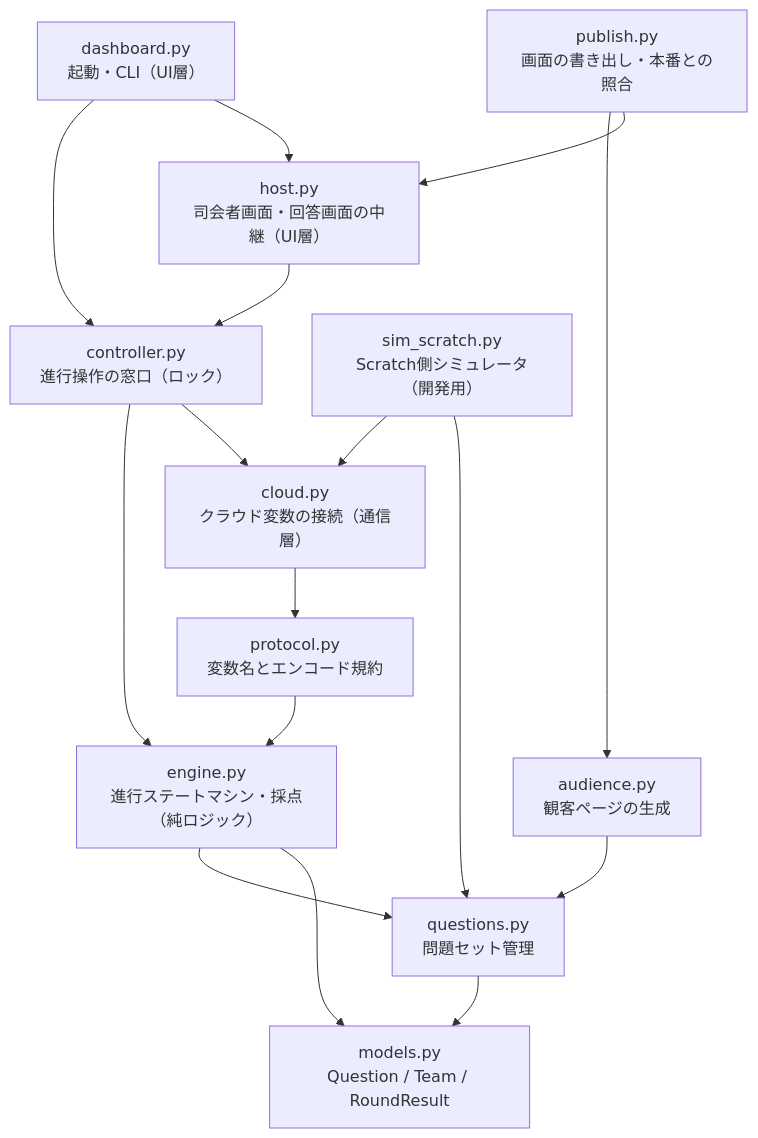
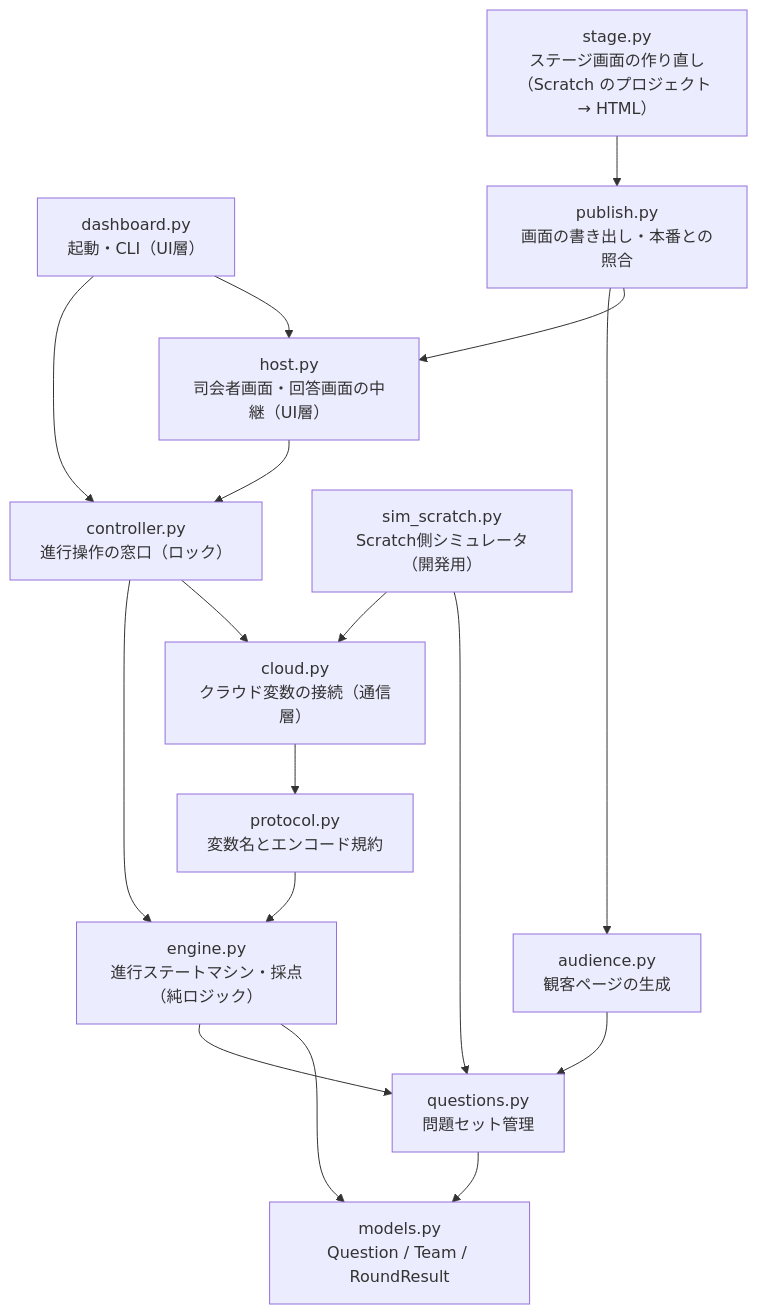
One commit to suzuka-kosen-festa/2026-suzuleague changed the third of 4 diagrams in docs/architecture.md. Above: the diagram before and after it, drawn with Mermaid. The commit also changed other lines of this file and 16 other files, not shown here.

````diff
--- a/docs/architecture.md
+++ b/docs/architecture.md
@@ -272,29 +279,31 @@
 ```mermaid
 flowchart TD
     dash["dashboard.py<br>起動・CLI（UI層）"]
     hostm["host.py<br>司会者画面・回答画面の中継（UI層）"]
     pub["publish.py<br>画面の書き出し・本番との照合"]
+    stg["stage.py<br>ステージ画面の作り直し<br>（Scratch のプロジェクト → HTML）"]
     ctrl["controller.py<br>進行操作の窓口（ロック）"]
     sim["sim_scratch.py<br>Scratch側シミュレータ（開発用）"]
     cloud_["cloud.py<br>クラウド変数の接続（通信層）"]
     proto["protocol.py<br>変数名とエンコード規約"]
     engine["engine.py<br>進行ステートマシン・採点（純ロジック）"]
     q["questions.py<br>問題セット管理"]
     models["models.py<br>Question / Team / RoundResult"]
     aud["audience.py<br>観客ページの生成"]
     dash --> ctrl
     dash --> hostm
     hostm --> ctrl
     ctrl --> engine
     ctrl --> cloud_
     pub --> aud
     pub --> hostm
+    stg --> pub
     aud --> q
     sim --> cloud_
     sim --> q
     cloud_ --> proto
     proto --> engine
     engine --> q
     q --> models
     engine --> models
 ```
````
